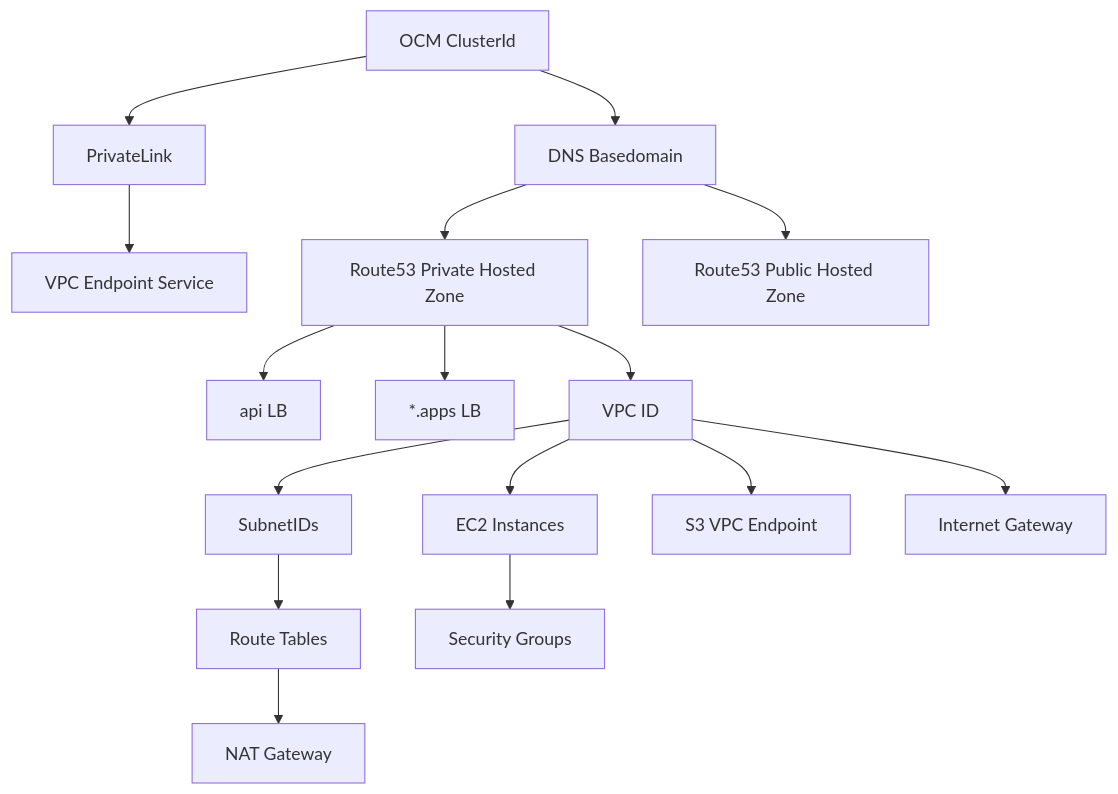
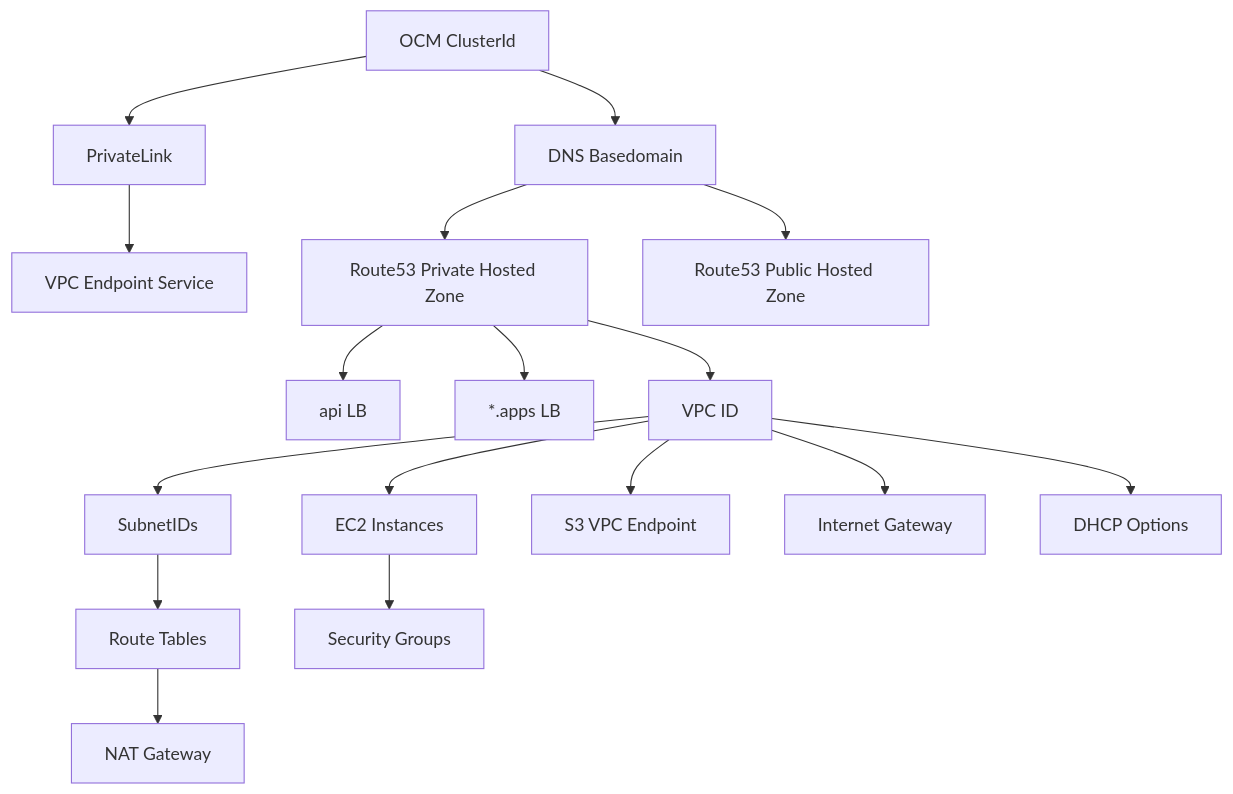
The diagram in README.md (mjlshen/mirrosa), drawn with Mermaid before and after one commit. The commit also changed other lines of this file and 1 other file, not shown here.

````diff
--- a/README.md
+++ b/README.md
@@ -34,18 +38,19 @@
 ```mermaid
 graph TD;
   C[OCM ClusterId]-->P[PrivateLink]
   P-->VPCES[VPC Endpoint Service]
   C-->D[DNS Basedomain]
   D-->R[Route53 Private Hosted Zone]
   D-->RPub[Route53 Public Hosted Zone]
   R-->APILB[api LB]
   R-->ALB[*.apps LB]
   R-->V[VPC ID]
   V-->Subnet[SubnetIDs]
   Subnet-->RT[Route Tables]
   V-->EC[EC2 Instances]
   EC-->SG[Security Groups]
   V-->VPCE[S3 VPC Endpoint]
   V-->IGW[Internet Gateway]
+  V-->DHCP[DHCP Options]
   RT-->NAT[NAT Gateway]
 ```
````
